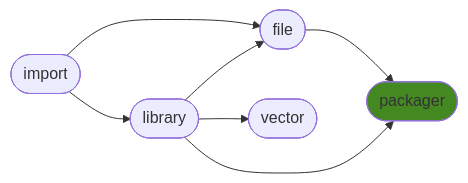
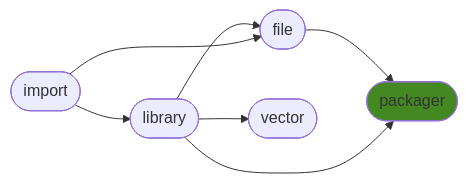
Before and after one commit to ManderaGeneral/generalpackager: the diagram in README.md, drawn with Mermaid. The commit also changed other lines of this file, not shown here.

````diff
--- a/README.md
+++ b/README.md
@@ -24,15 +24,15 @@
 ```mermaid
 flowchart LR
-0([import]) --> 1([library])
+1([library]) --> 2([file])
 2([file]) --> 4([packager])
 1([library]) --> 4([packager])
+0([import]) --> 1([library])
+1([library]) --> 3([vector])
 0([import]) --> 2([file])
-1([library]) --> 3([vector])
-1([library]) --> 2([file])
 click 0 "https://github.com/ManderaGeneral/generalimport"
 click 1 "https://github.com/ManderaGeneral/generallibrary"
 click 2 "https://github.com/ManderaGeneral/generalfile"
 click 3 "https://github.com/ManderaGeneral/generalvector"
 click 4 "https://github.com/ManderaGeneral/generalpackager"
 style 4 fill:#482
 ```
````
